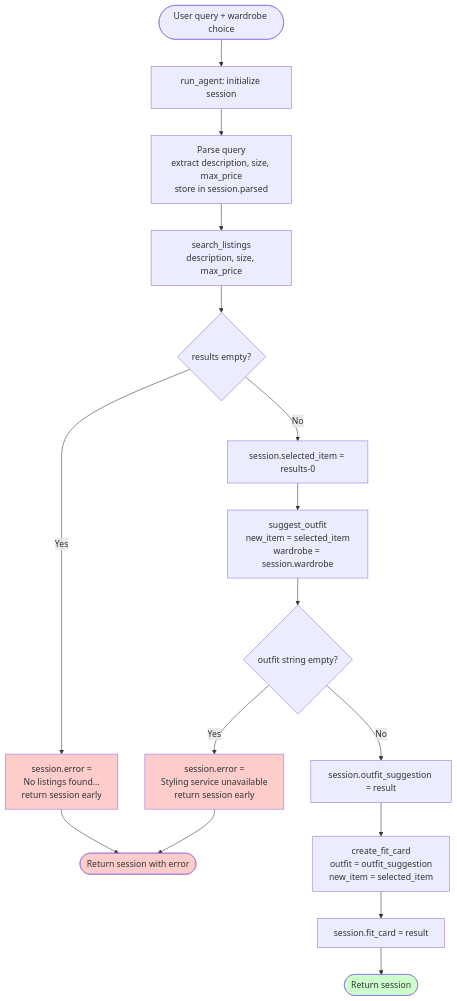
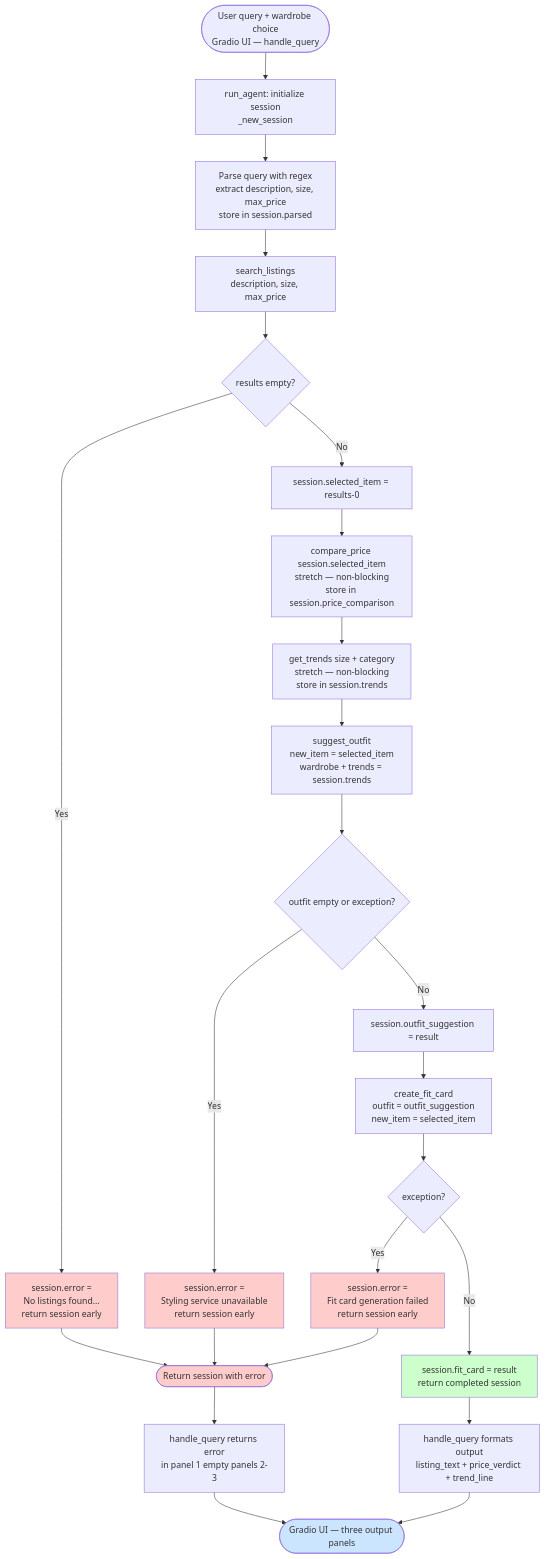
Before and after one commit to bbdevelops/ai201-project2-fitfindr-starter: the diagram in planning.md, drawn with Mermaid. The commit also changed other lines of this file and 2 other files, not shown here.

Commit message:
Milestone 4 complete, agent.py connected to app.py, FitFindr runs with complete interactions, some failure states tested

````diff
--- a/planning.md
+++ b/planning.md
@@ -237,22 +250,32 @@
 ```mermaid
 flowchart TD
-    A([User query + wardrobe choice]) --> B[run_agent: initialize session]
-    B --> C[Parse query<br>extract description, size, max_price<br>store in session.parsed]
+    A([User query + wardrobe choice<br>Gradio UI — handle_query]) --> B[run_agent: initialize session<br>_new_session]
+    B --> C[Parse query with regex<br>extract description, size, max_price<br>store in session.parsed]
     C --> D[search_listings<br>description, size, max_price]
     D --> E{results empty?}
     E -- Yes --> F[session.error =<br>No listings found...<br>return session early]
     E -- No --> G[session.selected_item = results-0]
-    G --> H[suggest_outfit<br>new_item = selected_item<br>wardrobe = session.wardrobe]
-    H --> I{outfit string empty?}
-    I -- Yes --> J[session.error =<br>Styling service unavailable<br>return session early]
-    I -- No --> K[session.outfit_suggestion = result]
-    K --> L[create_fit_card<br>outfit = outfit_suggestion<br>new_item = selected_item]
-    L --> M[session.fit_card = result]
-    M --> N([Return session])
-    F --> O([Return session with error])
-    J --> O
+    G --> H[compare_price session.selected_item<br>stretch — non-blocking<br>store in session.price_comparison]
+    H --> I[get_trends size + category<br>stretch — non-blocking<br>store in session.trends]
+    I --> J[suggest_outfit<br>new_item = selected_item<br>wardrobe + trends = session.trends]
+    J --> K{outfit empty or exception?}
+    K -- Yes --> L[session.error =<br>Styling service unavailable<br>return session early]
+    K -- No --> M[session.outfit_suggestion = result]
+    M --> N[create_fit_card<br>outfit = outfit_suggestion<br>new_item = selected_item]
+    N --> O{exception?}
+    O -- Yes --> P[session.error =<br>Fit card generation failed<br>return session early]
+    O -- No --> Q[session.fit_card = result<br>return completed session]
+    Q --> R[handle_query formats output<br>listing_text + price_verdict + trend_line]
+    R --> S([Gradio UI — three output panels])
+    F --> T([Return session with error])
+    L --> T
+    P --> T
+    T --> U[handle_query returns error<br>in panel 1 empty panels 2-3]
+    U --> S
     style F fill:#ffcccc
-    style J fill:#ffcccc
-    style O fill:#ffcccc
-    style N fill:#ccffcc
+    style L fill:#ffcccc
+    style P fill:#ffcccc
+    style T fill:#ffcccc
+    style Q fill:#ccffcc
+    style S fill:#cce5ff
 ```
````
